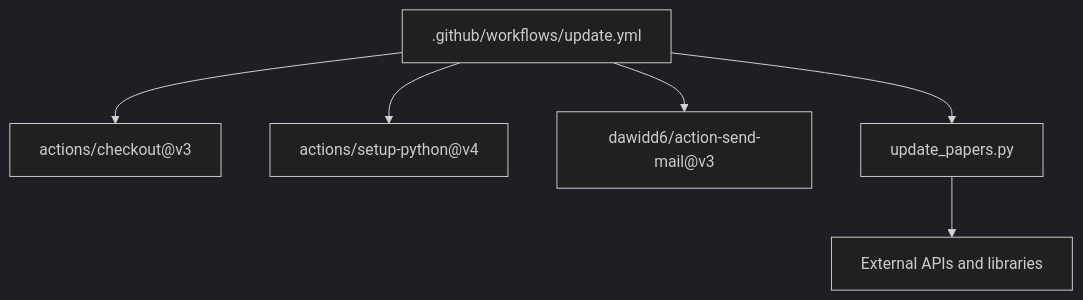
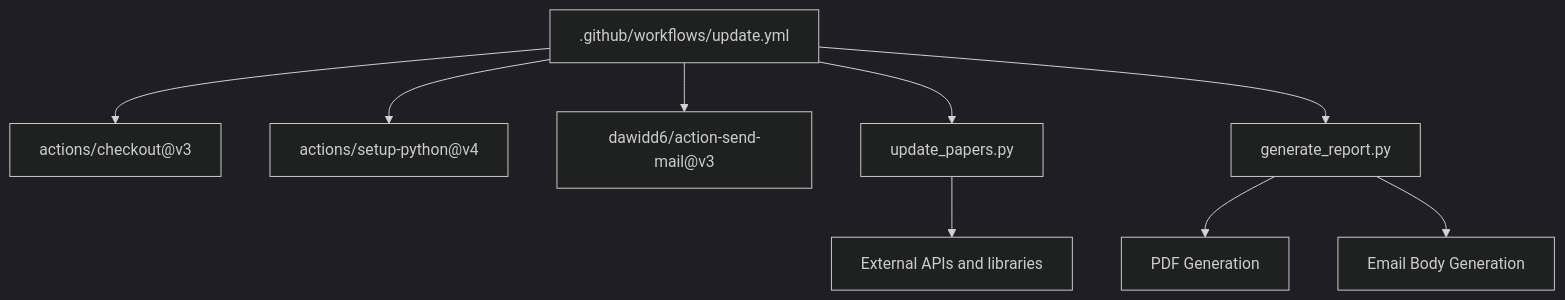
Before and after one commit to junxie01/cryoseismology_papers: the tenth of 10 diagrams in .qoder/repowiki/en/content/Configuration Guide/GitHub Actions Workflow.md, drawn with Mermaid (dark theme). The commit also changed other lines of this file and 4 other files, not shown here.

````diff
--- a/.qoder/repowiki/en/content/Configuration Guide/GitHub Actions Workflow.md
+++ b/.qoder/repowiki/en/content/Configuration Guide/GitHub Actions Workflow.md
@@ -270,8 +335,11 @@
 ```mermaid
 graph TB
 WF[".github/workflows/update.yml"] --> CO["actions/checkout@v3"]
 WF --> SP["actions/setup-python@v4"]
 WF --> EA["dawidd6/action-send-mail@v3"]
 WF --> US["update_papers.py"]
+WF --> GR["generate_report.py"]
 US --> DEPS["External APIs and libraries"]
+GR --> PDF["PDF Generation"]
+GR --> EMAIL["Email Body Generation"]
 ```
````
